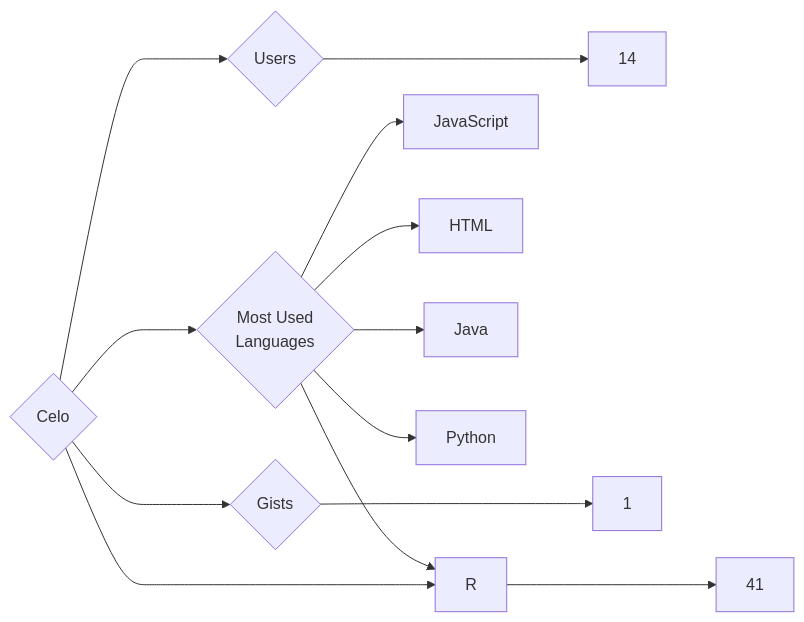
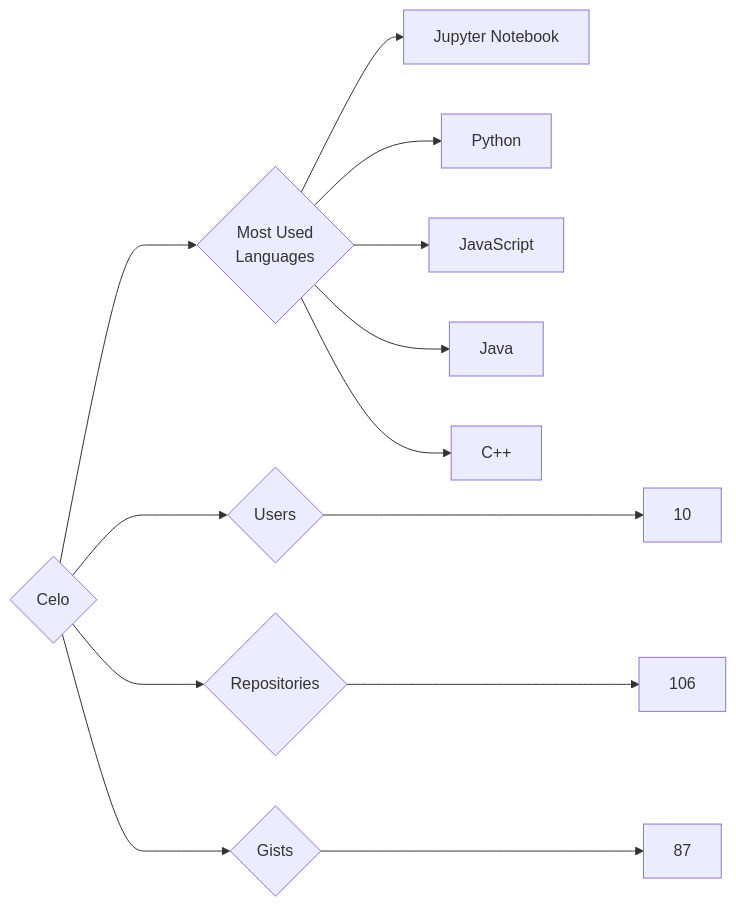
One commit to trickest/insiders changed the diagram in targets/Celo/README.md. Above: the diagram before and after it, drawn with Mermaid. The commit also changed 965 other files, not shown here.

````diff
--- a/targets/Celo/README.md
+++ b/targets/Celo/README.md
@@ -3,13 +3,13 @@
 ```mermaid
 graph LR
 COMPANY_NAME{Celo}
-COMPANY_NAME ---> U{Users} ---> UN[14]
-COMPANY_NAME ---> R{Repositories} ---> RN[41]
-COMPANY_NAME ---> G{Gists} ---> GN[1]
+COMPANY_NAME ---> U{Users} ---> UN[10]
+COMPANY_NAME ---> R{Repositories} ---> RN[106]
+COMPANY_NAME ---> G{Gists} ---> GN[87]
 COMPANY_NAME ---> ML{Most Used<br>Languages}
+ML --> Jupyter_Notebook[Jupyter Notebook]
+ML --> Python[Python]
 ML --> JavaScript[JavaScript]
-ML --> HTML[HTML]
 ML --> Java[Java]
-ML --> R[R]
-ML --> Python[Python]
+ML --> C++[C++]
 ```
````
